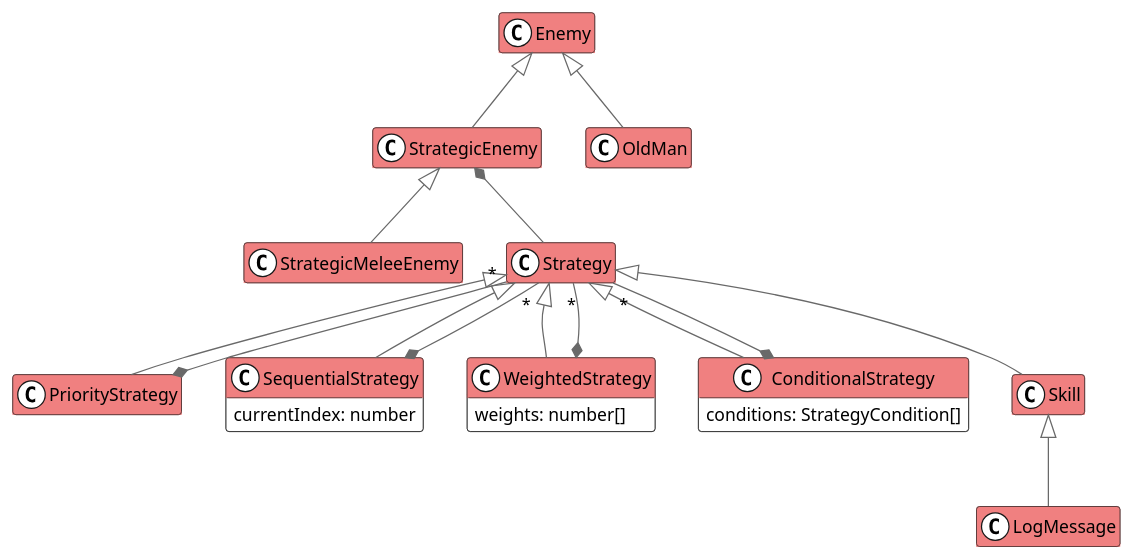
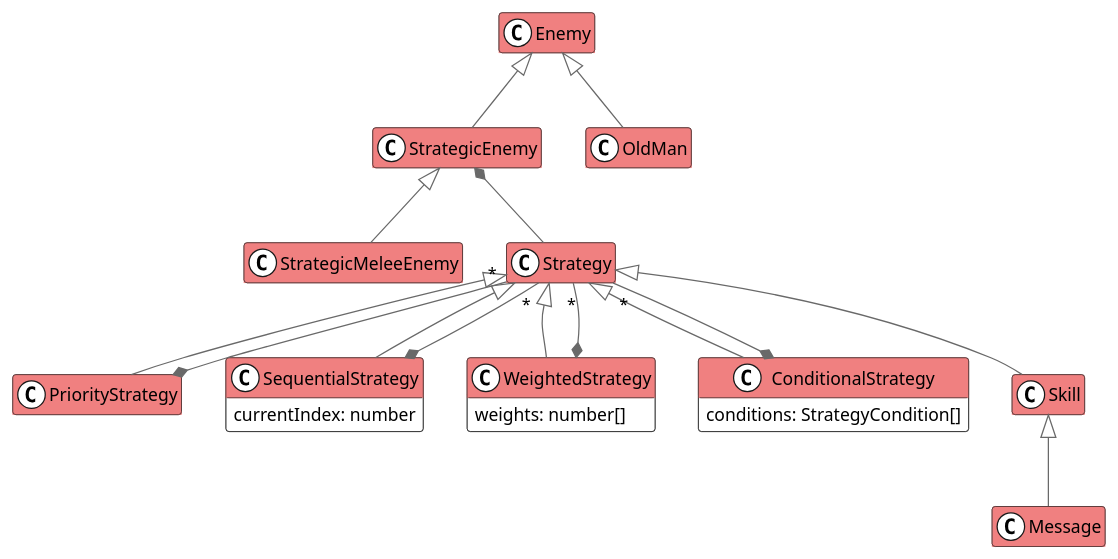
One commit to fbeaufume/draconis changed the diagram in doc/model-enemy.puml. Above: the diagram before and after it, drawn with PlantUML.

```diff
--- a/doc/model-enemy.puml
+++ b/doc/model-enemy.puml
@@ -1,51 +1,51 @@
 @startuml
 
 scale 1.0
 hide empty methods
 hide empty attributes
 skinparam arrowColor #DimGray
 <style>
 spotClass { BackgroundColor white }
 </style>
 skinparam class {
   BackgroundColor White
   HeaderBackgroundColor LightCoral
 }
 
 class Enemy {
 }
 
 class Skill {
 }
 
 class PriorityStrategy {
 }
 
 class SequentialStrategy {
   currentIndex: number
 }
 
 class WeightedStrategy {
   weights: number[]
 }
 
 class ConditionalStrategy {
   conditions: StrategyCondition[]
 }
 
 Enemy <|-- StrategicEnemy
 Enemy <|-- OldMan
 StrategicEnemy <|-- StrategicMeleeEnemy
 StrategicEnemy *-- Strategy
 Strategy <|-- Skill
-Skill <|-- LogMessage
+Skill <|-- Message
 Strategy <|-- PriorityStrategy
 Strategy <|-- SequentialStrategy
 Strategy <|-- WeightedStrategy
 Strategy <|-- ConditionalStrategy
 PriorityStrategy *-- "*" Strategy
 SequentialStrategy *-- "*" Strategy
 WeightedStrategy *-- "*" Strategy
 ConditionalStrategy *-- "*" Strategy
 
 @enduml
```
